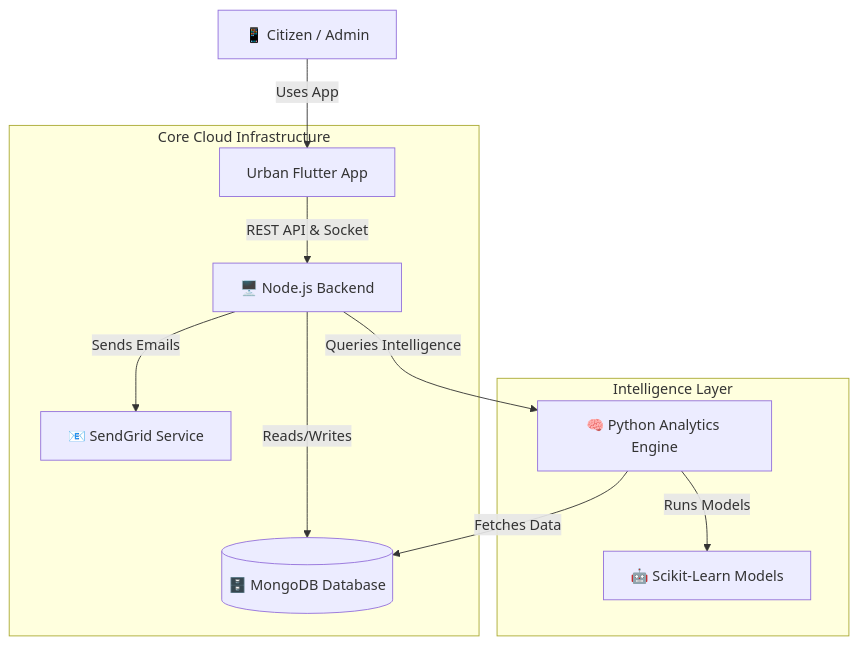
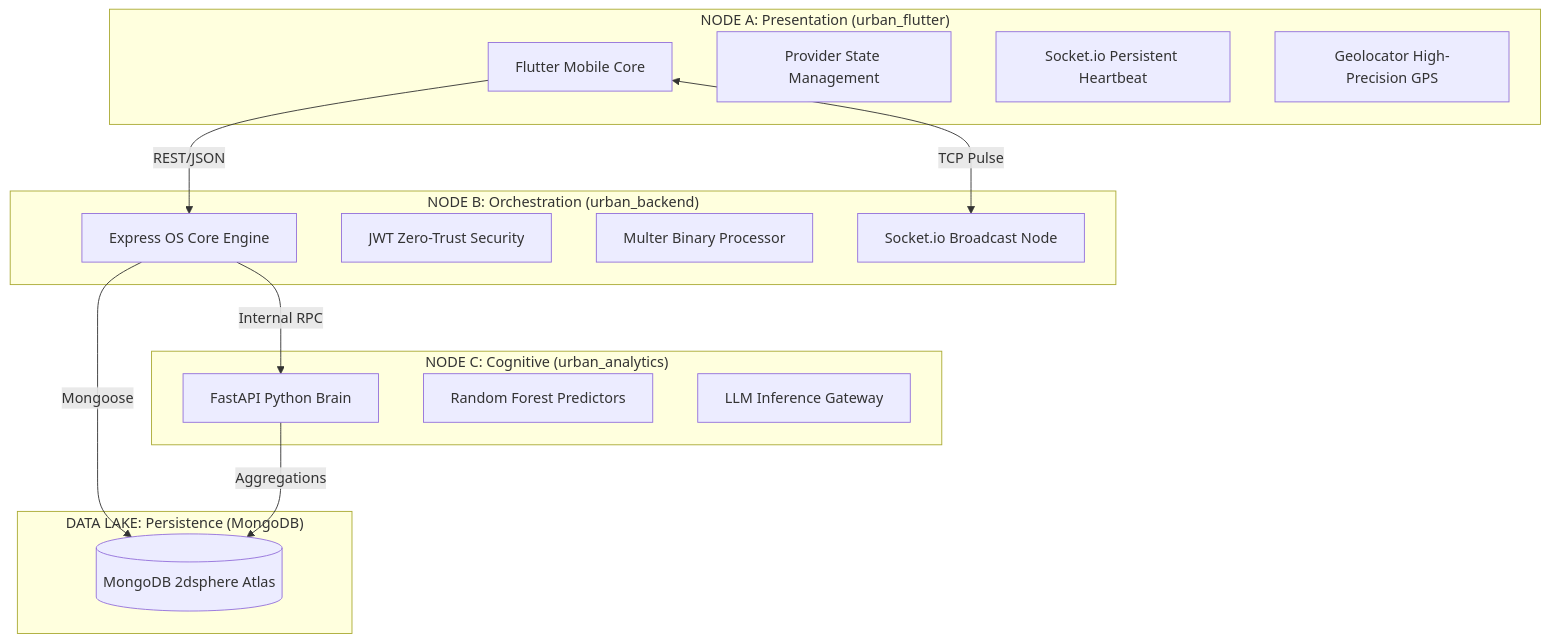
One commit to Deepanshu-8126/backend_urban changed the first of 2 diagrams in README.md. Above: the diagram before and after it, drawn with Mermaid. The commit also changed other lines of this file and 18 other files, not shown here.

Commit message:
Integrate Brevo Email API and add dependency documentation

````diff
--- a/README.md
+++ b/README.md
@@ -23,16 +60,37 @@
 ```mermaid
 graph TD
-    User[📱 Citizen / Admin] -->|Uses App| FlutterApp[Urban Flutter App]
-    
-    subgraph "Core Cloud Infrastructure"
-        FlutterApp -->|REST API & Socket| Backend[🖥️ Node.js Backend]
-        Backend -->|Reads/Writes| DB[(🗄️ MongoDB Database)]
-        Backend -->|Sends Emails| Email[📧 SendGrid Service]
+    %% Node A: Presentation
+    subgraph "NODE A: Presentation (urban_flutter)"
+        FA[Flutter Mobile Core]
+        FP[Provider State Management]
+        FS[Socket.io Persistent Heartbeat]
+        FL[Geolocator High-Precision GPS]
     end
-    
-    subgraph "Intelligence Layer"
-        Backend -->|Queries Intelligence| AI[🧠 Python Analytics Engine]
-        AI -->|Fetches Data| DB
-        AI -->|Runs Models| ML[🤖 Scikit-Learn Models]
+
+    %% Node B: Orchestration
+    subgraph "NODE B: Orchestration (urban_backend)"
+        BO[Express OS Core Engine]
+        BA[JWT Zero-Trust Security]
+        BM[Multer Binary Processor]
+        BS[Socket.io Broadcast Node]
     end
+
+    %% Node C: Cognitive
+    subgraph "NODE C: Cognitive (urban_analytics)"
+        CE[FastAPI Python Brain]
+        CM[Random Forest Predictors]
+        CA[LLM Inference Gateway]
+    end
+
+    %% Persistence
+    subgraph "DATA LAKE: Persistence (MongoDB)"
+        DB[(MongoDB 2dsphere Atlas)]
+    end
+
+    %% Flow
+    FA -->|REST/JSON| BO
+    FA <-->|TCP Pulse| BS
+    BO -->|Mongoose| DB
+    BO -->|Internal RPC| CE
+    CE -->|Aggregations| DB
 ```
````
